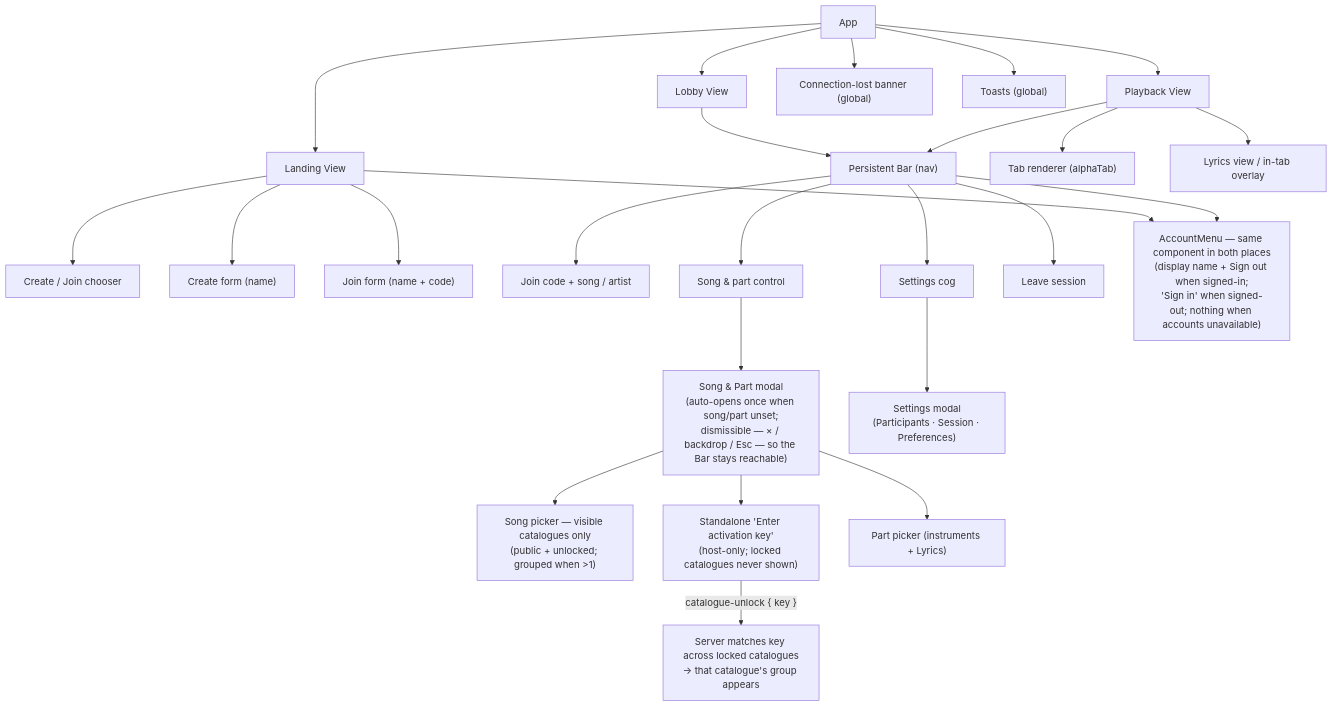
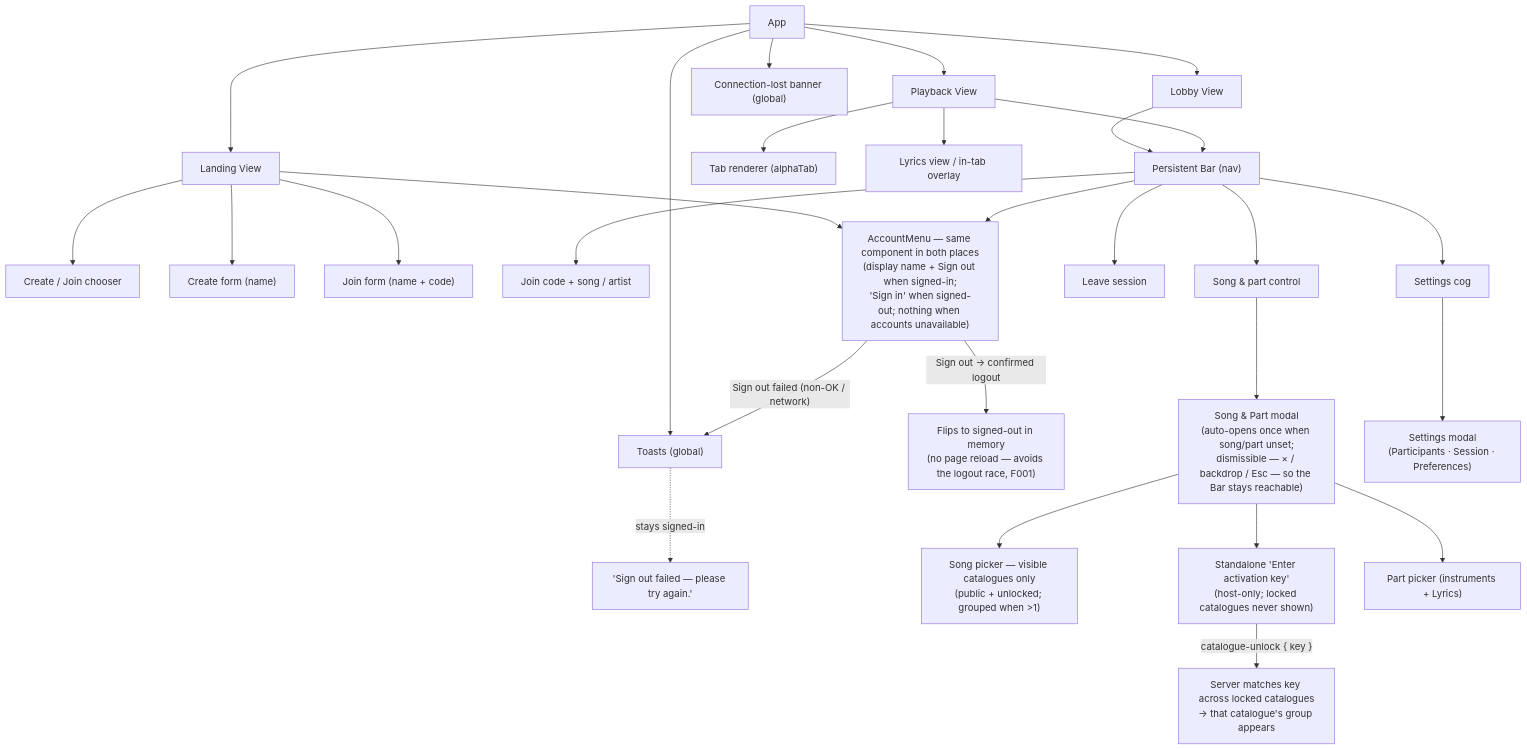
Before and after one commit to kinda-bad/sync-tab-scroll: the third of 3 diagrams in README.md, drawn with Mermaid. The commit also changed 1 other file, not shown here.

Commit message:
docs(ui): regenerate UI diagram with sign-out flow (confirmed in-memory / failed toast)
Claude-Session: https://claude.ai/code/session_01LH6HsXJ9DUjtgf3faLnqHc

````diff
--- a/README.md
+++ b/README.md
@@ -343,32 +343,35 @@
 ```mermaid
 graph TD
     App --> Landing["Landing View"]
     App --> Lobby["Lobby View"]
     App --> Playback["Playback View"]
     App --> ConnBanner["Connection-lost banner (global)"]
     App --> Toasts["Toasts (global)"]
 
     Landing --> Chooser["Create / Join chooser"]
     Landing --> CreateForm["Create form (name)"]
     Landing --> JoinForm["Join form (name + code)"]
 
     Lobby --> Bar["Persistent Bar (nav)"]
     Playback --> Bar
     Bar --> JoinCodeId["Join code + song / artist"]
     Bar --> SongPartCtl["Song & part control"]
     Bar --> SettingsCog["Settings cog"]
     Bar --> Leave["Leave session"]
 
     Landing --> AccountMenu["AccountMenu — same component in both places<br/>(display name + Sign out when signed-in;<br/>'Sign in' when signed-out; nothing when accounts unavailable)"]
     Bar --> AccountMenu
+    AccountMenu -->|"Sign out → confirmed logout"| SignedOut["Flips to signed-out in memory<br/>(no page reload — avoids the logout race, F001)"]
+    AccountMenu -->|"Sign out failed (non-OK / network)"| Toasts
+    Toasts -.->|"stays signed-in"| SignOutErr["'Sign out failed — please try again.'"]
 
     SongPartCtl --> Modal["Song & Part modal<br/>(auto-opens once when song/part unset;<br/>dismissible — × / backdrop / Esc — so the Bar stays reachable)"]
     Modal --> SongPicker["Song picker — visible catalogues only<br/>(public + unlocked; grouped when &gt;1)"]
     Modal --> KeyCtl["Standalone 'Enter activation key'<br/>(host-only; locked catalogues never shown)"]
     KeyCtl -->|"catalogue-unlock { key }"| Unlocked["Server matches key across locked catalogues<br/>→ that catalogue's group appears"]
     Modal --> PartPicker["Part picker (instruments + Lyrics)"]
 
     Playback --> TabRender["Tab renderer (alphaTab)"]
     Playback --> LyricsOverlay["Lyrics view / in-tab overlay"]
     SettingsCog --> SettingsModal["Settings modal<br/>(Participants · Session · Preferences)"]
 ```
````
